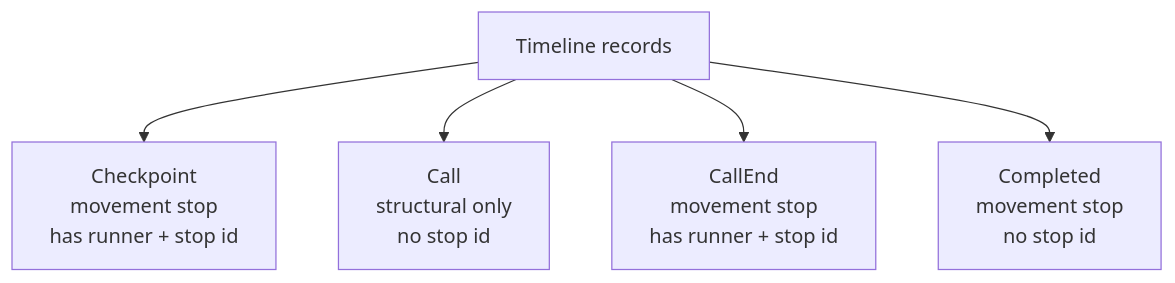
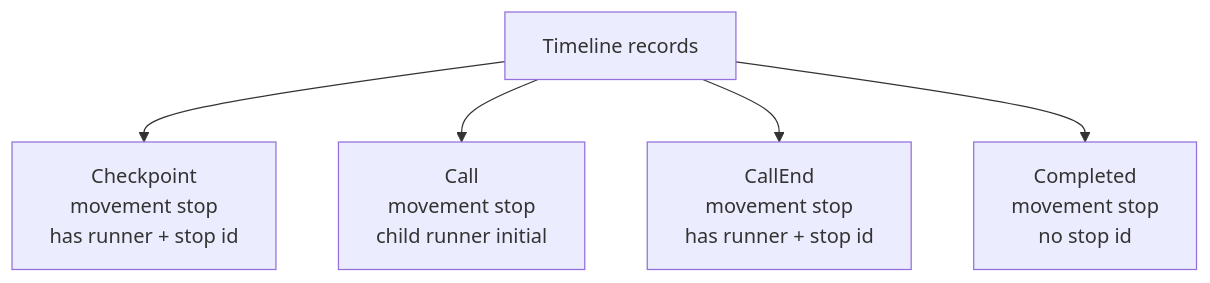
Before and after one commit to akeit0/AsyncPlayback: the third of 8 diagrams in docs/minimum-playback-algorithm.md, drawn with Mermaid. The commit also changed other lines of this file and 1 other file, not shown here.

````diff
--- a/docs/minimum-playback-algorithm.md
+++ b/docs/minimum-playback-algorithm.md
@@ -481,13 +511,13 @@
 ```mermaid
 flowchart TD
     Timeline["Timeline records"]
     Checkpoint["Checkpoint<br/>movement stop<br/>has runner + stop id"]
-    Call["Call<br/>structural only<br/>no stop id"]
+    Call["Call<br/>movement stop<br/>child runner initial"]
     CallEnd["CallEnd<br/>movement stop<br/>has runner + stop id"]
     Completed["Completed<br/>movement stop<br/>no stop id"]
 
     Timeline --> Checkpoint
     Timeline --> Call
     Timeline --> CallEnd
     Timeline --> Completed
 ```
````
